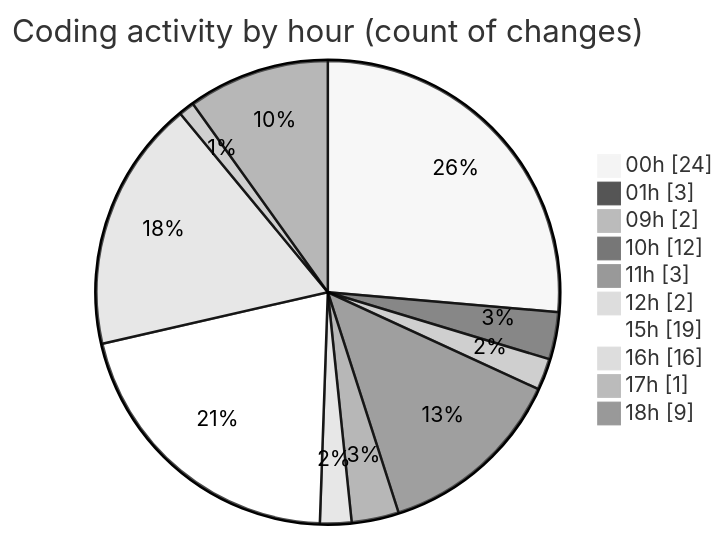
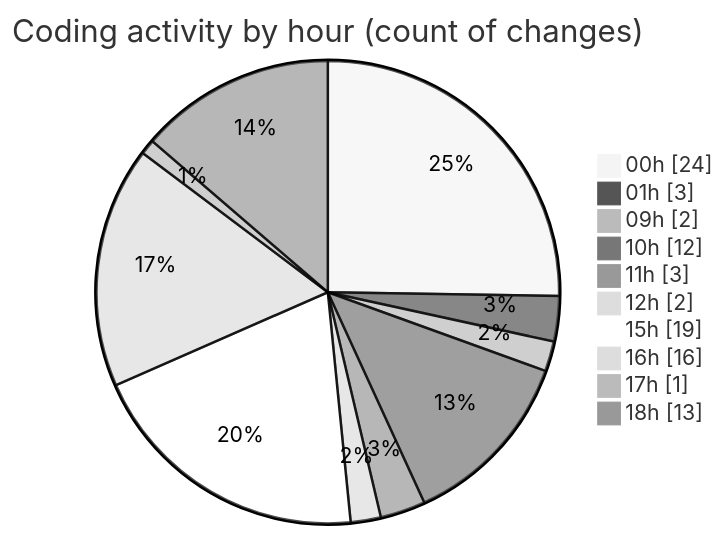
Before and after one commit to julien-gomy/code-tracking: the second of 2 diagrams in 2025-11-24/eventscop-frontend-guide__workspace_/README.md, drawn with Mermaid (neutral theme). The commit also changed other lines of this file and 1 other file, not shown here.

````diff
--- a/2025-11-24/eventscop-frontend-guide__workspace_/README.md
+++ b/2025-11-24/eventscop-frontend-guide__workspace_/README.md
@@ -51,14 +51,14 @@
 ```mermaid
 pie showData
 title Coding activity by hour (count of changes)
 "00h" : 24
 "01h" : 3
 "09h" : 2
 "10h" : 12
 "11h" : 3
 "12h" : 2
 "15h" : 19
 "16h" : 16
 "17h" : 1
-"18h" : 9
+"18h" : 13
 ```
````
